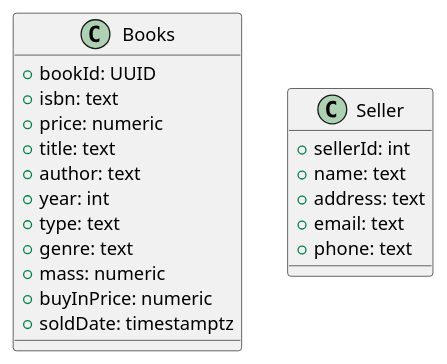
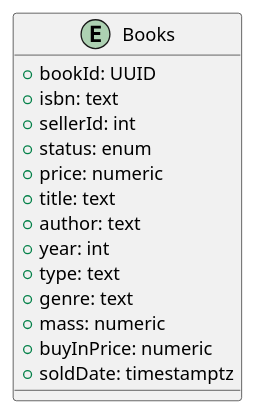
The diagram in docs/project/diagrams/seller.pu (3liasP/ArkkiDivari), drawn with PlantUML before and after one commit. The commit also changed 1 other file, not shown here.

Commit message:
docs: uml-diagrams for antiquarian

```diff
--- a/docs/project/diagrams/seller.pu
+++ b/docs/project/diagrams/seller.pu
@@ -1,22 +1,17 @@
 @startuml Seller Antiquarian
-class Books {
+entity Books {
     + bookId: UUID /'primary key, globally unique'/
-    + isbn: text /'optional if data synced from central db'/
+    + isbn: text /'unique for same edition of book'/
+    + sellerId: int /'foreign key'/
+    + status: enum /'available, reserved, sold'/
     + price: numeric
     + title: text
     + author: text
     + year: int
     + type: text
     + genre: text
     + mass: numeric
     + buyInPrice: numeric
     + soldDate: timestamptz
 }
-class Seller {
-    + sellerId: int /'if needed for internal use'/
-    + name: text
-    + address: text
-    + email: text
-    + phone: text
-}
 @enduml
```
